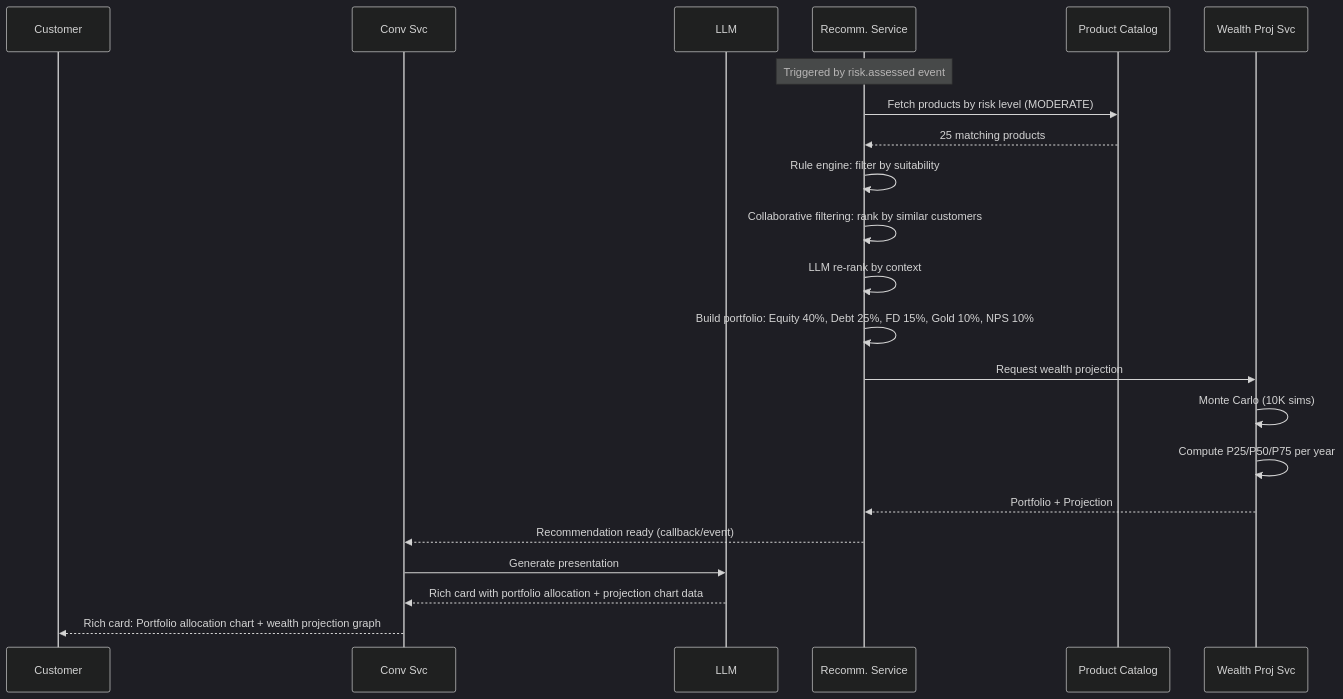
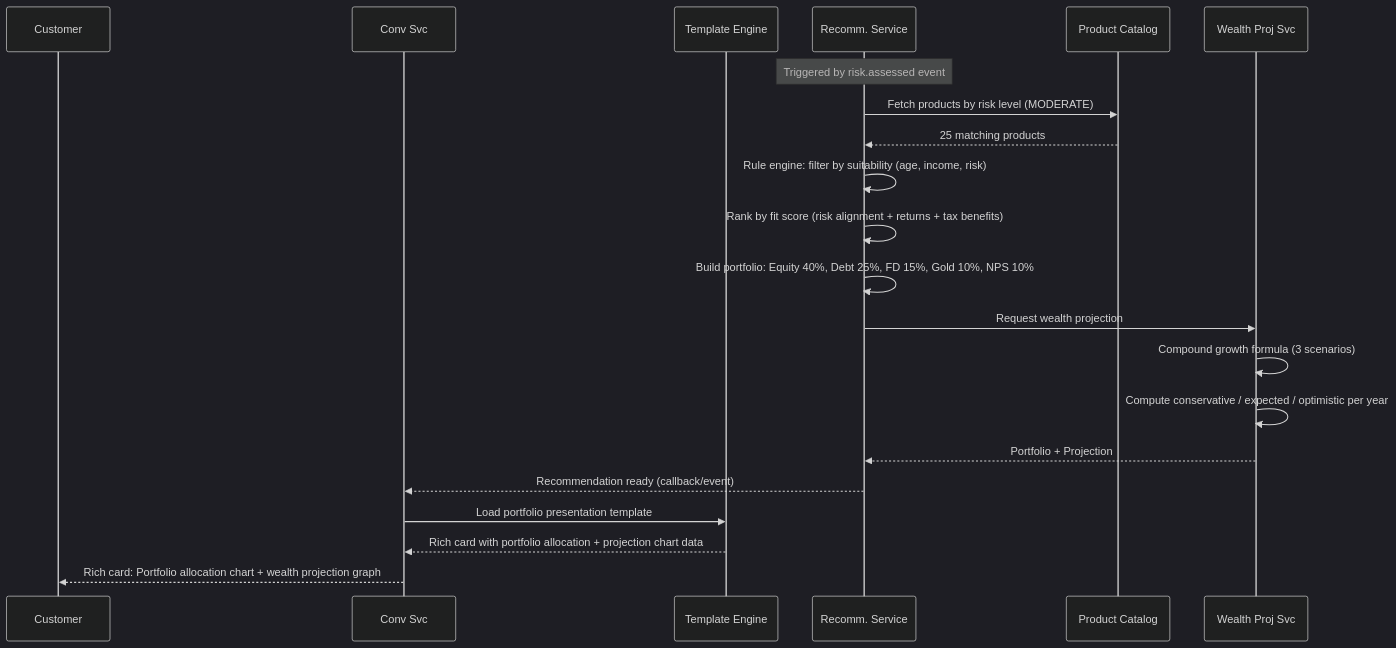
The sixth of 20 diagrams in docs/design/05-sequence-diagrams.md (Cognition-Partner-Workshops/uc-framework-upgrade-monolith-to-microservices), drawn with Mermaid (dark theme) before and after one commit. The commit also changed other lines of this file and 4 other files, not shown here.

````diff
--- a/docs/design/05-sequence-diagrams.md
+++ b/docs/design/05-sequence-diagrams.md
@@ -196,28 +193,27 @@
 ```mermaid
 sequenceDiagram
     participant C as Customer
     participant CS as Conv Svc
-    participant LLM as LLM
+    participant TE as Template Engine
     participant REC as Recomm. Service
     participant PC as Product Catalog
     participant WP as Wealth Proj Svc
 
     Note over REC: Triggered by risk.assessed event
     REC->>PC: Fetch products by risk level (MODERATE)
     PC-->>REC: 25 matching products
 
-    REC->>REC: Rule engine: filter by suitability
-    REC->>REC: Collaborative filtering: rank by similar customers
-    REC->>REC: LLM re-rank by context
+    REC->>REC: Rule engine: filter by suitability (age, income, risk)
+    REC->>REC: Rank by fit score (risk alignment + returns + tax benefits)
     REC->>REC: Build portfolio: Equity 40%, Debt 25%, FD 15%, Gold 10%, NPS 10%
 
     REC->>WP: Request wealth projection
-    WP->>WP: Monte Carlo (10K sims)
-    WP->>WP: Compute P25/P50/P75 per year
+    WP->>WP: Compound growth formula (3 scenarios)
+    WP->>WP: Compute conservative / expected / optimistic per year
     WP-->>REC: Portfolio + Projection
 
     REC-->>CS: Recommendation ready (callback/event)
-    CS->>LLM: Generate presentation
-    LLM-->>CS: Rich card with portfolio allocation + projection chart data
+    CS->>TE: Load portfolio presentation template
+    TE-->>CS: Rich card with portfolio allocation + projection chart data
     CS-->>C: Rich card: Portfolio allocation chart + wealth projection graph
 ```
````
